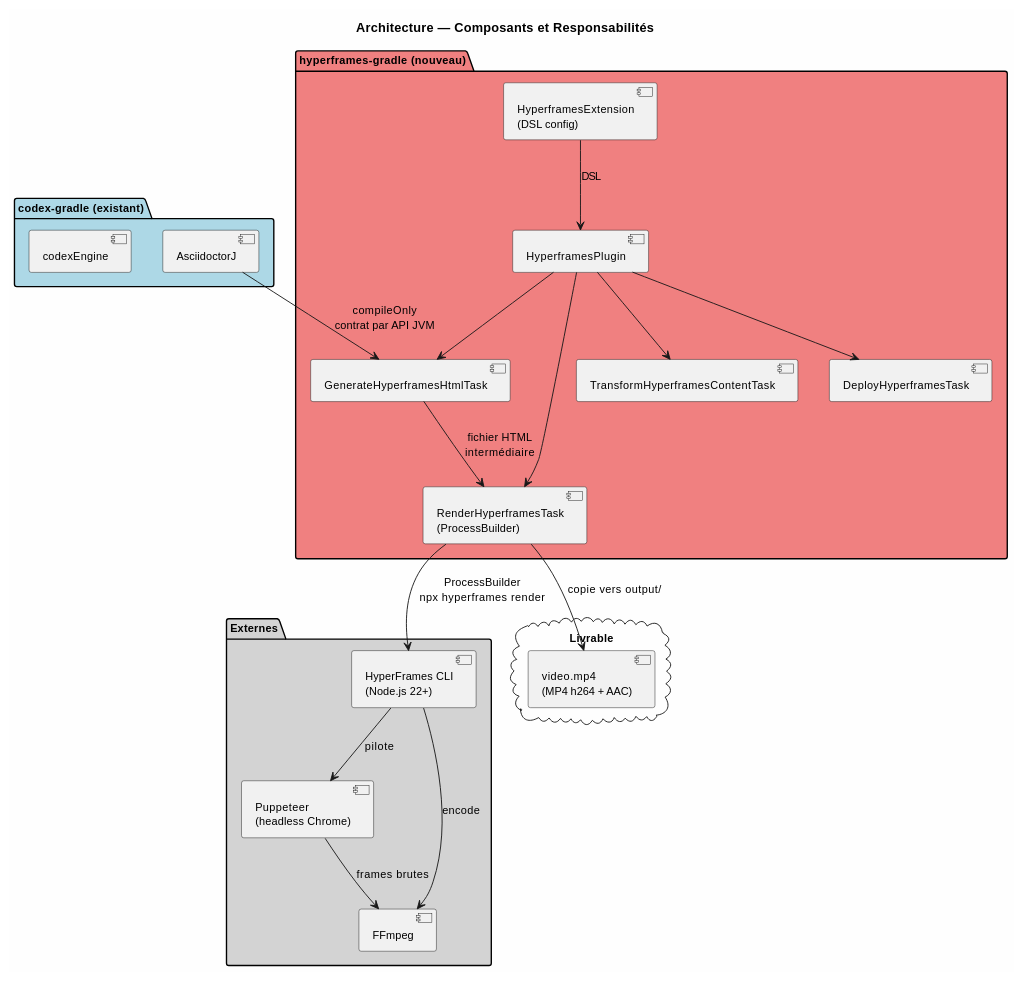
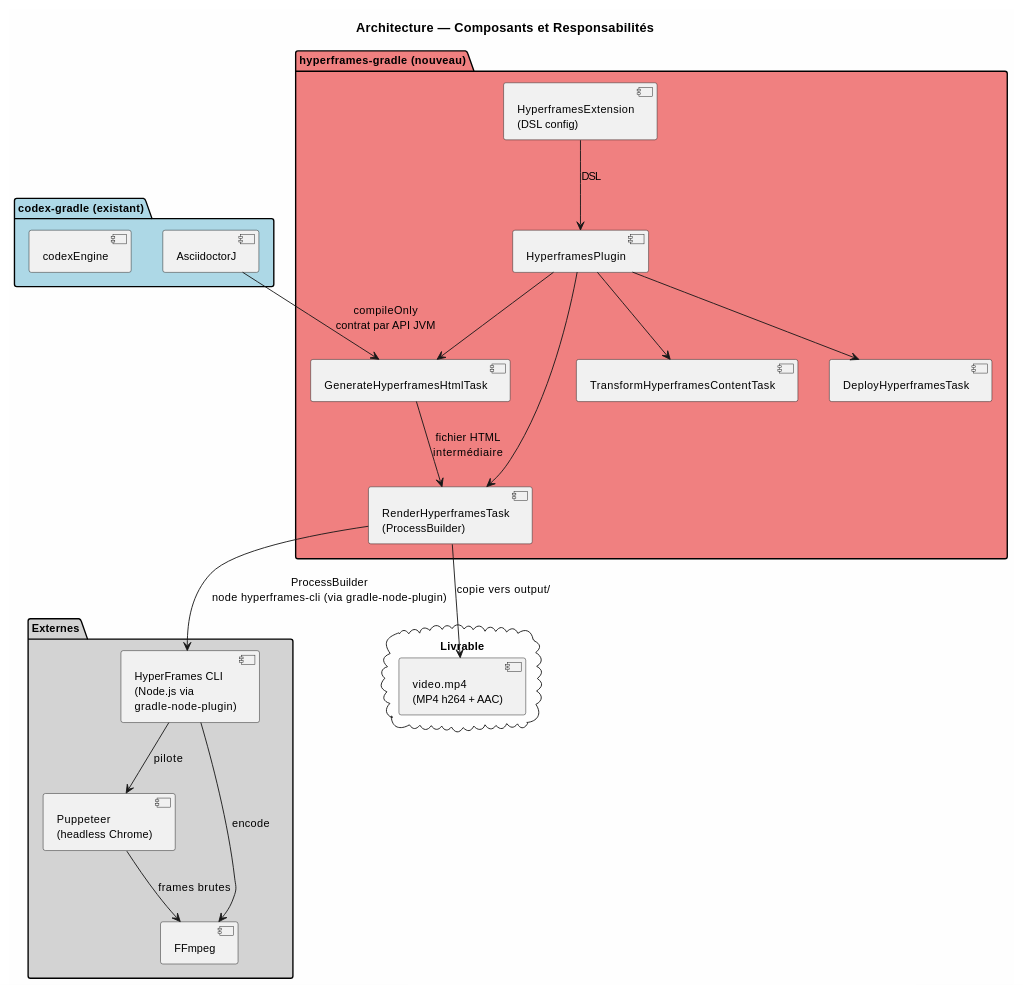
The second of 3 diagrams in hyperframes-plugin/doc/HYPERFRAMES_ARCHITECTURE.adoc (cccp-education/hyperframes-gradle), drawn with PlantUML before and after one commit. The commit also changed other lines of this file and 24 other files, not shown here.

First line of the commit message:
HF-1 Plugin Gradle stub + AsciidoctorJ intégration + document de pilotage HyperFrames

```diff
--- a/hyperframes-plugin/doc/HYPERFRAMES_ARCHITECTURE.adoc
+++ b/hyperframes-plugin/doc/HYPERFRAMES_ARCHITECTURE.adoc
@@ -94,47 +95,47 @@
 [plantuml,target="composants",format="svg"]
 ----
 @startuml
 skinparam backgroundColor #FEFEFE
 skinparam defaultFontSize 12
 
 title Architecture — Composants et Responsabilités
 
 package "codex-gradle (existant)" #LightBlue {
   component "AsciidoctorJ" as asciidoctorj
   component "codexEngine" as codexengine
 }
 
 package "hyperframes-gradle (nouveau)" #LightCoral {
   component "HyperframesPlugin" as plugin
   component "HyperframesExtension\n(DSL config)" as extension
   component "GenerateHyperframesHtmlTask" as genHtmlTask
   component "RenderHyperframesTask\n(ProcessBuilder)" as renderTask
   component "TransformHyperframesContentTask" as transformTask
   component "DeployHyperframesTask" as deployTask
 }
 
 package "Externes" #LightGrey {
-  component "HyperFrames CLI\n(Node.js 22+)" as hfCli
+  component "HyperFrames CLI\n(Node.js via\ngradle-node-plugin)" as hfCli
   component "Puppeteer\n(headless Chrome)" as puppeteer
   component "FFmpeg" as ffmpeg
 }
 
 cloud "Livrable" {
   component "video.mp4\n(MP4 h264 + AAC)" as output
 }
 
 asciidoctorj --> genHtmlTask : compileOnly\ncontrat par API JVM
 genHtmlTask --> renderTask : fichier HTML\nintermédiaire
-renderTask --> hfCli : ProcessBuilder\nnpx hyperframes render
+renderTask --> hfCli : ProcessBuilder\nnode hyperframes-cli (via gradle-node-plugin)
 hfCli --> puppeteer : pilote
 hfCli --> ffmpeg : encode
 puppeteer --> ffmpeg : frames brutes
 renderTask --> output : copie vers output/
 
 extension --> plugin : DSL
 plugin --> genHtmlTask
 plugin --> renderTask
 plugin --> transformTask
 plugin --> deployTask
 @enduml
 ----
```
